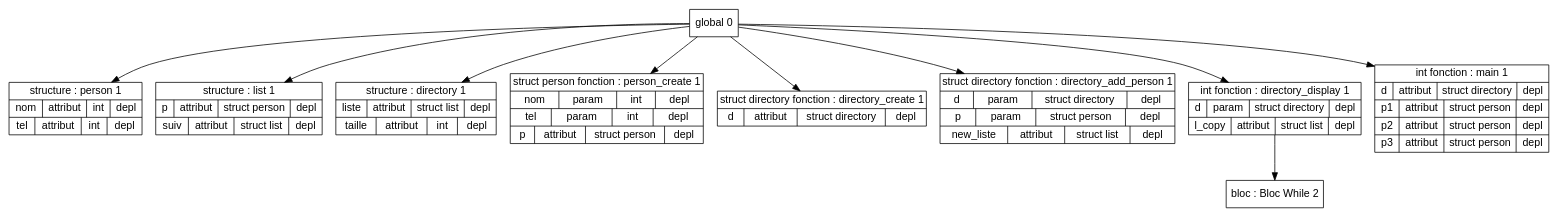
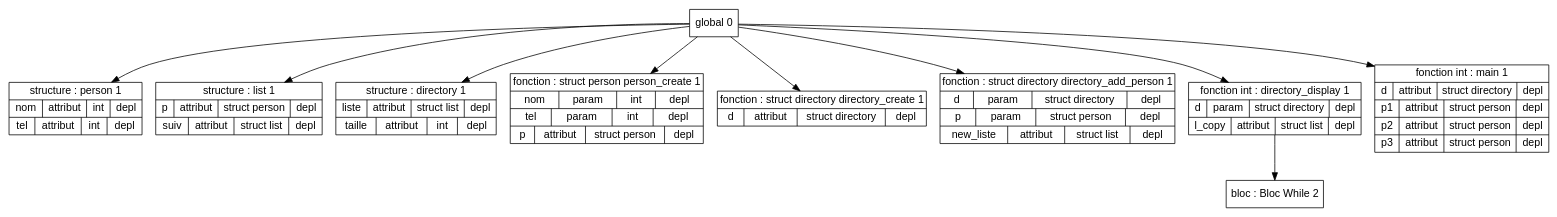
The diagram in Code/out/tds/dot/Test_Semantique/annuaire.dot (Hamza-ABDOULHOUSSEN/compil), drawn with Graphviz before and after one commit. The commit also changed 7 other files, not shown here.

```diff
--- a/Code/out/tds/dot/Test_Semantique/annuaire.dot
+++ b/Code/out/tds/dot/Test_Semantique/annuaire.dot
@@ -1,64 +1,64 @@
 digraph "tds"{
 
 	node [fontname="Arial"];
 
 	N1 [shape=record label="{ structure : person 1
 	| { nom | attribut | int | depl }
 	| { tel | attribut | int | depl }
 	}"];
 
 	N2 [shape=record label="{ structure : list 1
 	| { p | attribut | struct person | depl }
 	| { suiv | attribut | struct list | depl }
 	}"];
 
 	N3 [shape=record label="{ structure : directory 1
 	| { liste | attribut | struct list | depl }
 	| { taille | attribut | int | depl }
 	}"];
 
-	N4 [shape=record label="{ struct person fonction : person_create 1
+	N4 [shape=record label="{ fonction : struct person person_create 1
 	| { nom | param | int | depl }
 	| { tel | param | int | depl }
 	| { p | attribut | struct person | depl }
 	}"];
 
-	N5 [shape=record label="{ struct directory fonction : directory_create 1
+	N5 [shape=record label="{ fonction : struct directory directory_create 1
 	| { d | attribut | struct directory | depl }
 	}"];
 
-	N6 [shape=record label="{ struct directory fonction : directory_add_person 1
+	N6 [shape=record label="{ fonction : struct directory directory_add_person 1
 	| { d | param | struct directory | depl }
 	| { p | param | struct person | depl }
 	| { new_liste | attribut | struct list | depl }
 	}"];
 
 	N8 [shape=record label="{ bloc : Bloc While  2
 	}"];
 
-	N7 [shape=record label="{ int fonction : directory_display 1
+	N7 [shape=record label="{ fonction int : directory_display 1
 	| { d | param | struct directory | depl }
 	| { l_copy | attribut | struct list | depl }
 	}"];
 
-	N9 [shape=record label="{ int fonction : main 1
+	N9 [shape=record label="{ fonction int : main 1
 	| { d | attribut | struct directory | depl }
 	| { p1 | attribut | struct person | depl }
 	| { p2 | attribut | struct person | depl }
 	| { p3 | attribut | struct person | depl }
 	}"];
 
 	N0 [shape=record label="{ global 0
 	}"];
 
 
 	N0 -> N1; 
 	N0 -> N2; 
 	N0 -> N3; 
 	N0 -> N4; 
 	N0 -> N5; 
 	N0 -> N6; 
 	N0 -> N7; 
 	N7 -> N8; 
 	N0 -> N9; 
 }
```
